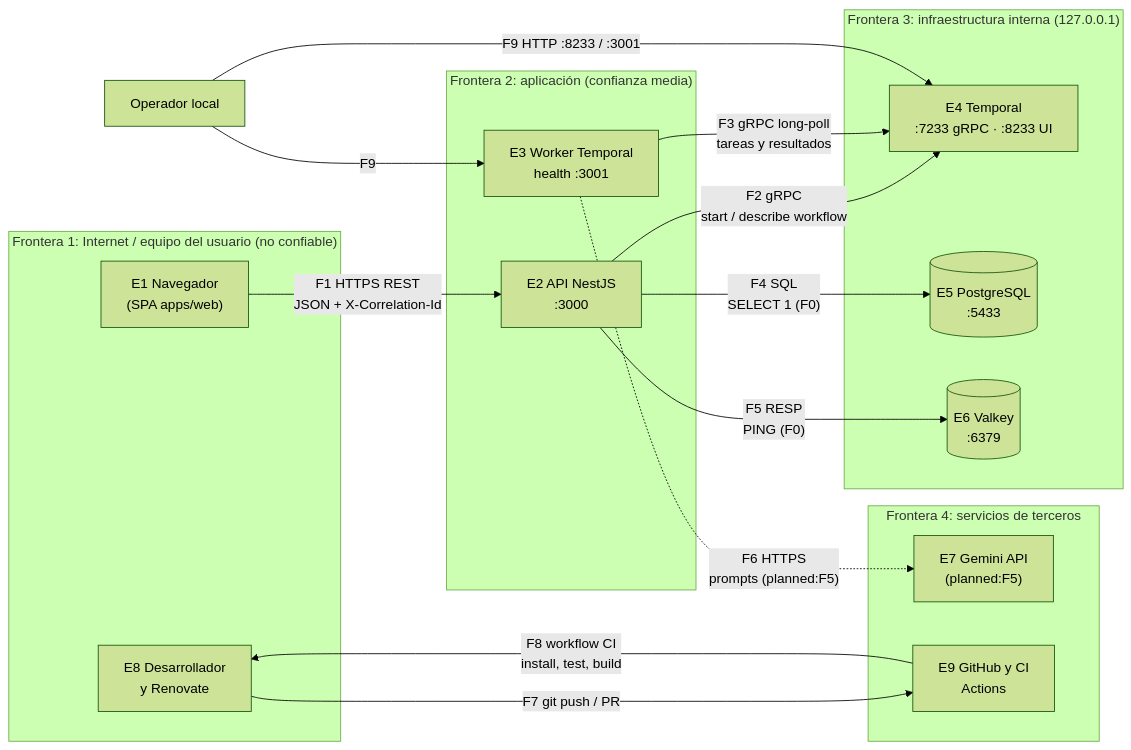
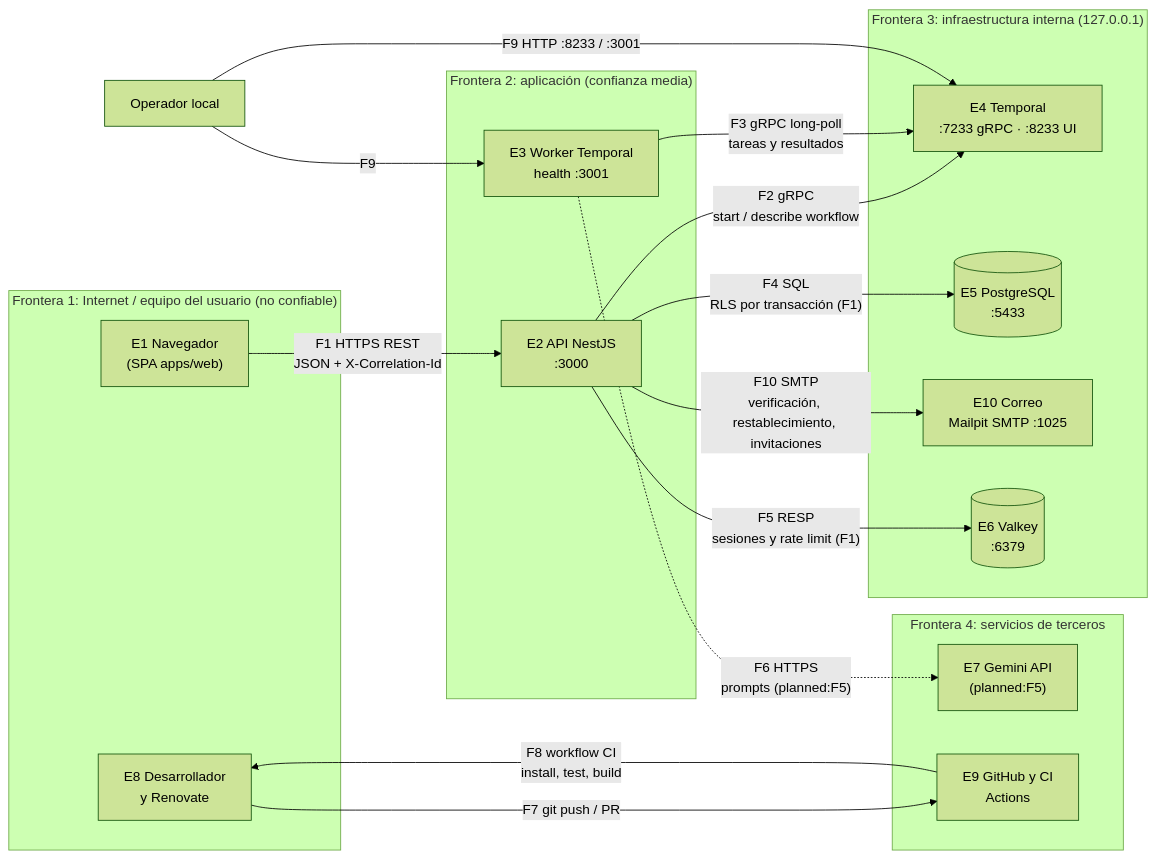
One commit to devanthony92/cognitive-dag changed the diagram in docs/threat-model.md. Above: the diagram before and after it, drawn with Mermaid (forest theme). The commit also changed other lines of this file and 18 other files, not shown here.

````diff
--- a/docs/threat-model.md
+++ b/docs/threat-model.md
@@ -28,34 +28,36 @@
 ```mermaid
 flowchart LR
     subgraph TB1["Frontera 1: Internet / equipo del usuario (no confiable)"]
         BR["E1 Navegador<br/>(SPA apps/web)"]
         DEV["E8 Desarrollador<br/>y Renovate"]
     end
 
     subgraph TB2["Frontera 2: aplicación (confianza media)"]
         API["E2 API NestJS<br/>:3000"]
         WK["E3 Worker Temporal<br/>health :3001"]
     end
 
     subgraph TB3["Frontera 3: infraestructura interna (127.0.0.1)"]
         TMP["E4 Temporal<br/>:7233 gRPC · :8233 UI"]
         PG[("E5 PostgreSQL<br/>:5433")]
+        ML["E10 Correo<br/>Mailpit SMTP :1025"]
         VK[("E6 Valkey<br/>:6379")]
     end
 
     subgraph TB4["Frontera 4: servicios de terceros"]
         GEM["E7 Gemini API<br/>(planned:F5)"]
         GH["E9 GitHub y CI<br/>Actions"]
     end
 
     BR -- "F1 HTTPS REST<br/>JSON + X-Correlation-Id" --> API
     API -- "F2 gRPC<br/>start / describe workflow" --> TMP
     WK -- "F3 gRPC long-poll<br/>tareas y resultados" --> TMP
-    API -- "F4 SQL<br/>SELECT 1 (F0)" --> PG
-    API -- "F5 RESP<br/>PING (F0)" --> VK
+    API -- "F4 SQL<br/>RLS por transacción (F1)" --> PG
+    API -- "F5 RESP<br/>sesiones y rate limit (F1)" --> VK
+    API -- "F10 SMTP<br/>verificación, restablecimiento, invitaciones" --> ML
     WK -. "F6 HTTPS<br/>prompts (planned:F5)" .-> GEM
     DEV -- "F7 git push / PR" --> GH
     GH -- "F8 workflow CI<br/>install, test, build" --> DEV
     OP["Operador local"] -- "F9 HTTP :8233 / :3001" --> TMP
     OP -- "F9" --> WK
 ```
````
